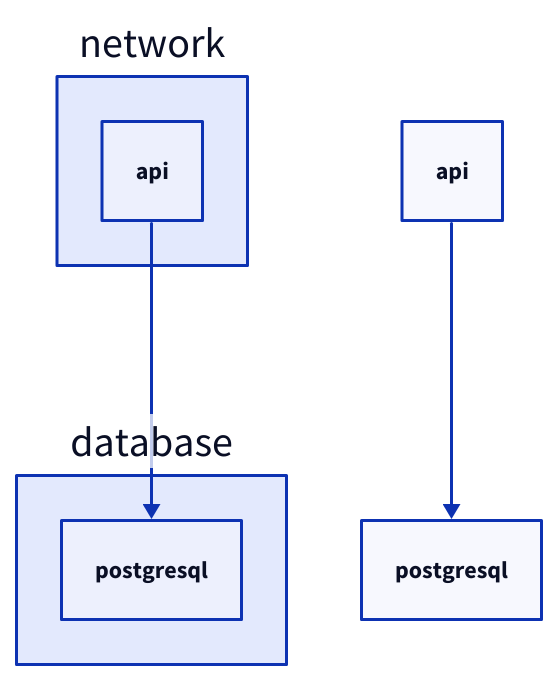
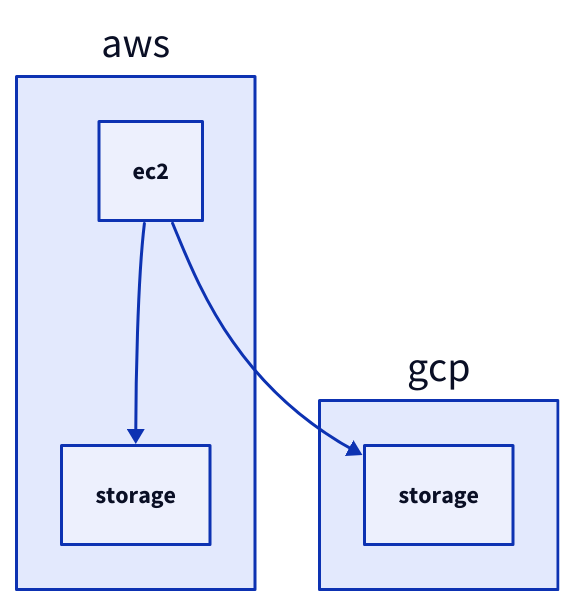
Before and after one commit to chyax98/DiagramAI: the seventh of 24 diagrams in docs/kroki/d2/syntax-rules.md, drawn with D2. The commit also changed other lines of this file and 52 other files, not shown here.

````diff
--- a/docs/kroki/d2/syntax-rules.md
+++ b/docs/kroki/d2/syntax-rules.md
@@ -151,7 +94,9 @@
 ```d2
-# ✅ 必须使用完整路径
-network.api -> database.postgresql
+# ✅ 正确: 完整路径
+aws.ec2 -> gcp.storage
 
-# ❌ 错误: 不能使用部分路径
-api -> postgresql  # 如果这些是嵌套在容器中的
+# ❌ 错误: 不在同一作用域
+aws: {
+  ec2 -> storage  # 会在 aws 下创建新 storage 节点
+}
 ```
````
